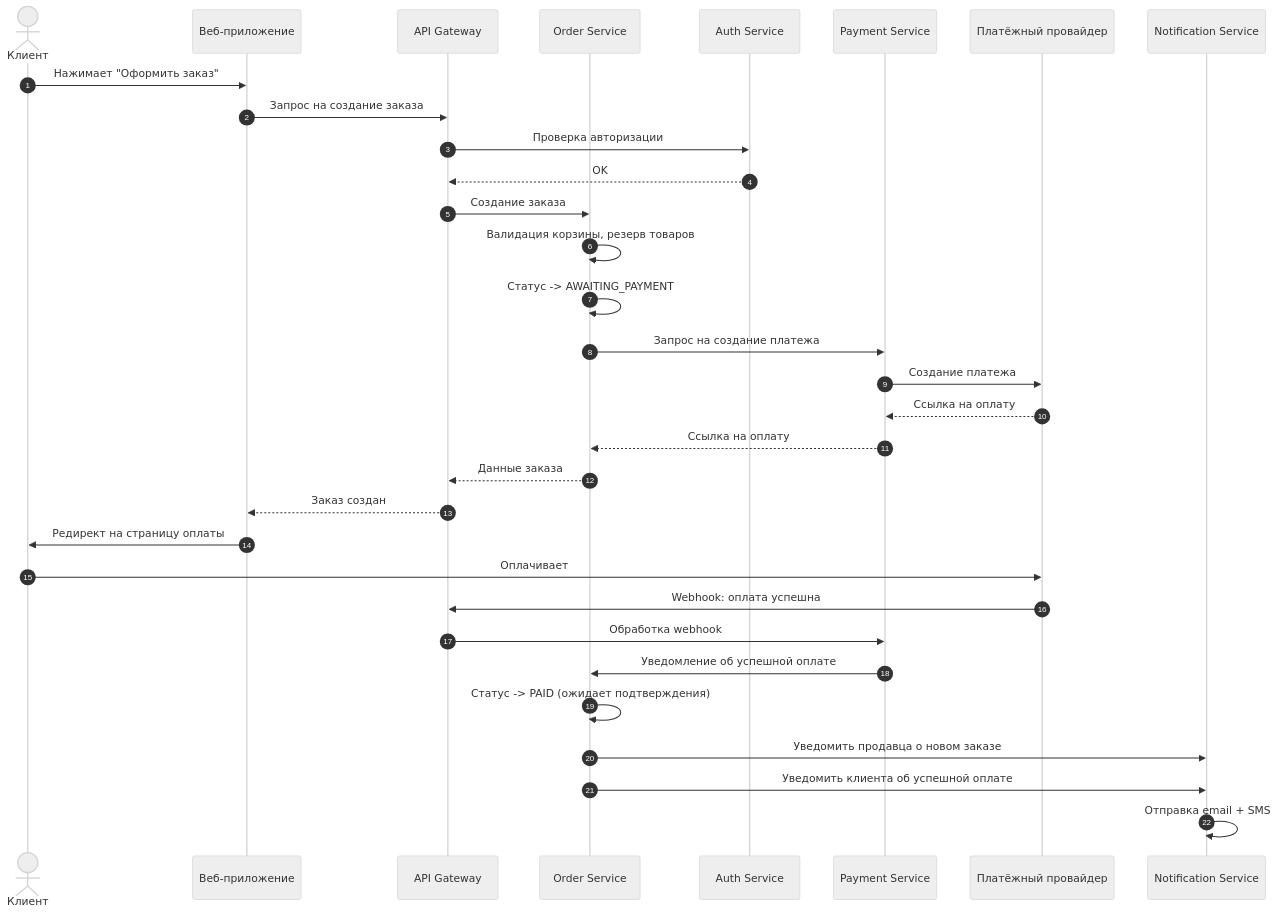
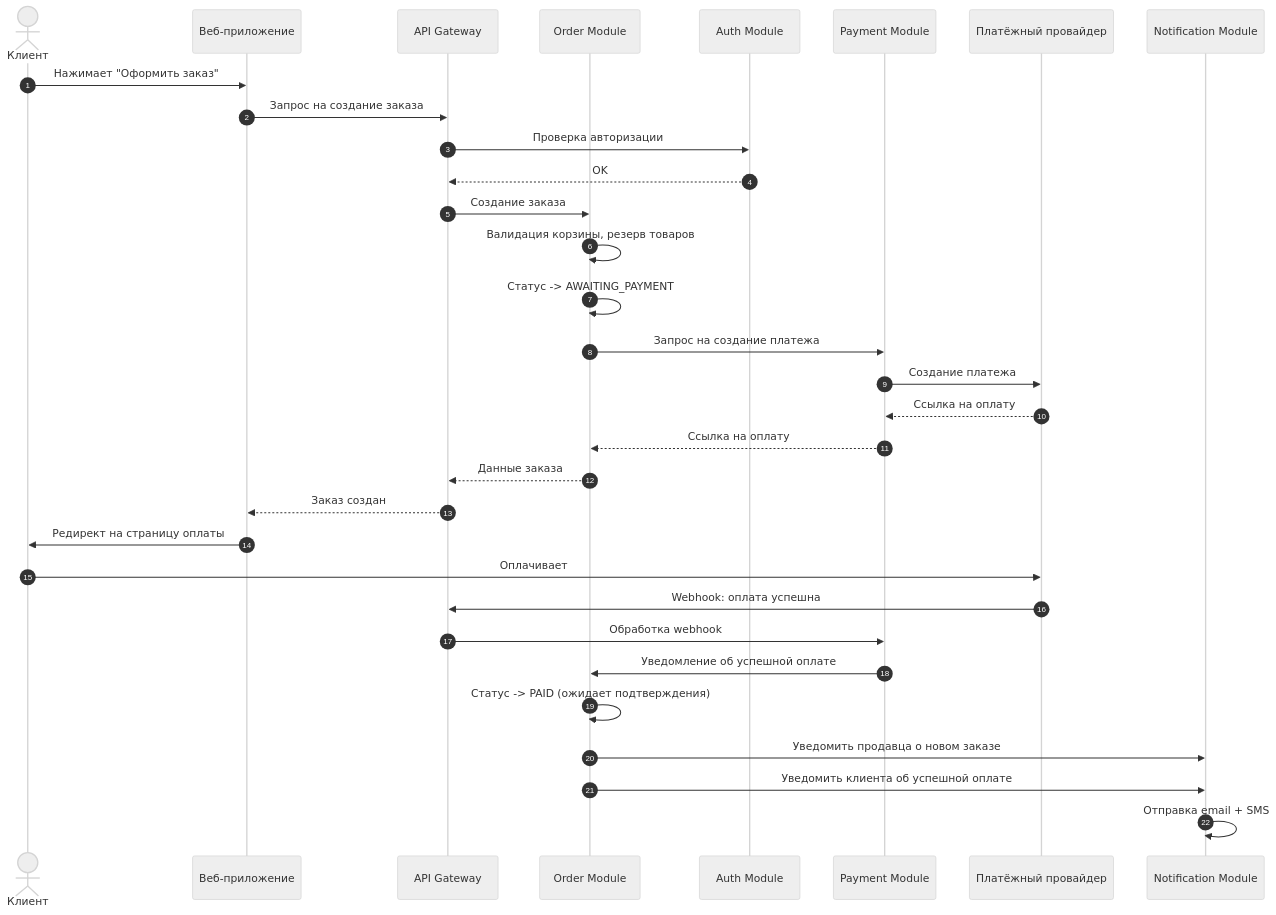
The sixth of 9 diagrams in task-1/docs/TASK1.md (EkaterinaNikolaeva/hse-arch-and-design-is), drawn with Mermaid (neutral theme) before and after one commit. The commit also changed other lines of this file, not shown here.

Commit message:
rename services to modules, update diagrams

````diff
--- a/task-1/docs/TASK1.md
+++ b/task-1/docs/TASK1.md
@@ -380,37 +397,37 @@
 ```mermaid
 sequenceDiagram
     autonumber
     actor Client as Клиент
     participant Web as Веб-приложение
     participant API as API Gateway
-    participant Order as Order Service
-    participant Auth as Auth Service
-    participant Payment as Payment Service
+    participant Order as Order Module
+    participant Auth as Auth Module
+    participant Payment as Payment Module
     participant Pay as Платёжный провайдер
-    participant Notify as Notification Service
+    participant Notify as Notification Module
 
     Client->>Web: Нажимает "Оформить заказ"
     Web->>API: Запрос на создание заказа
     API->>Auth: Проверка авторизации
     Auth-->>API: OK
     API->>Order: Создание заказа
     
     Order->>Order: Валидация корзины, резерв товаров
     Order->>Order: Статус -> AWAITING_PAYMENT
     Order->>Payment: Запрос на создание платежа
     Payment->>Pay: Создание платежа
     Pay-->>Payment: Ссылка на оплату
     Payment-->>Order: Ссылка на оплату
     Order-->>API: Данные заказа
     API-->>Web: Заказ создан
     Web->>Client: Редирект на страницу оплаты
     
     Client->>Pay: Оплачивает
     Pay->>API: Webhook: оплата успешна
     API->>Payment: Обработка webhook
     Payment->>Order: Уведомление об успешной оплате
     Order->>Order: Статус -> PAID (ожидает подтверждения)
     Order->>Notify: Уведомить продавца о новом заказе
     Order->>Notify: Уведомить клиента об успешной оплате
     Notify->>Notify: Отправка email + SMS
 ```
````
